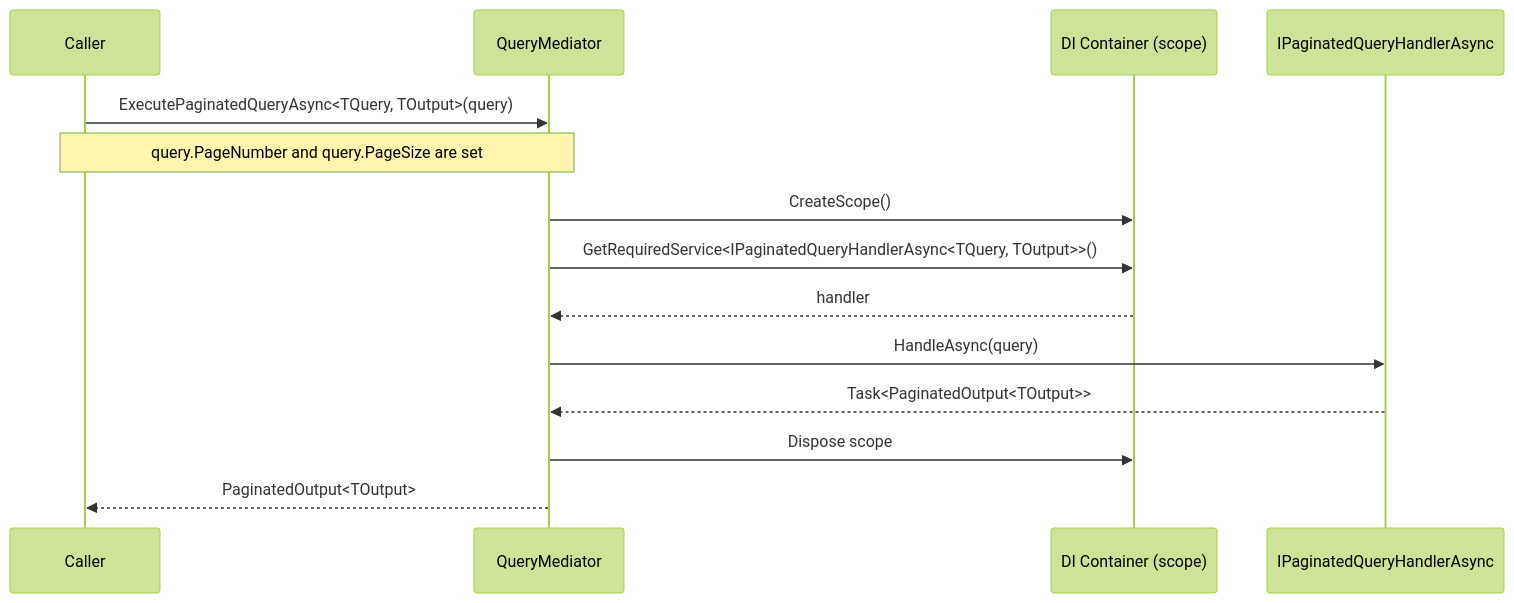
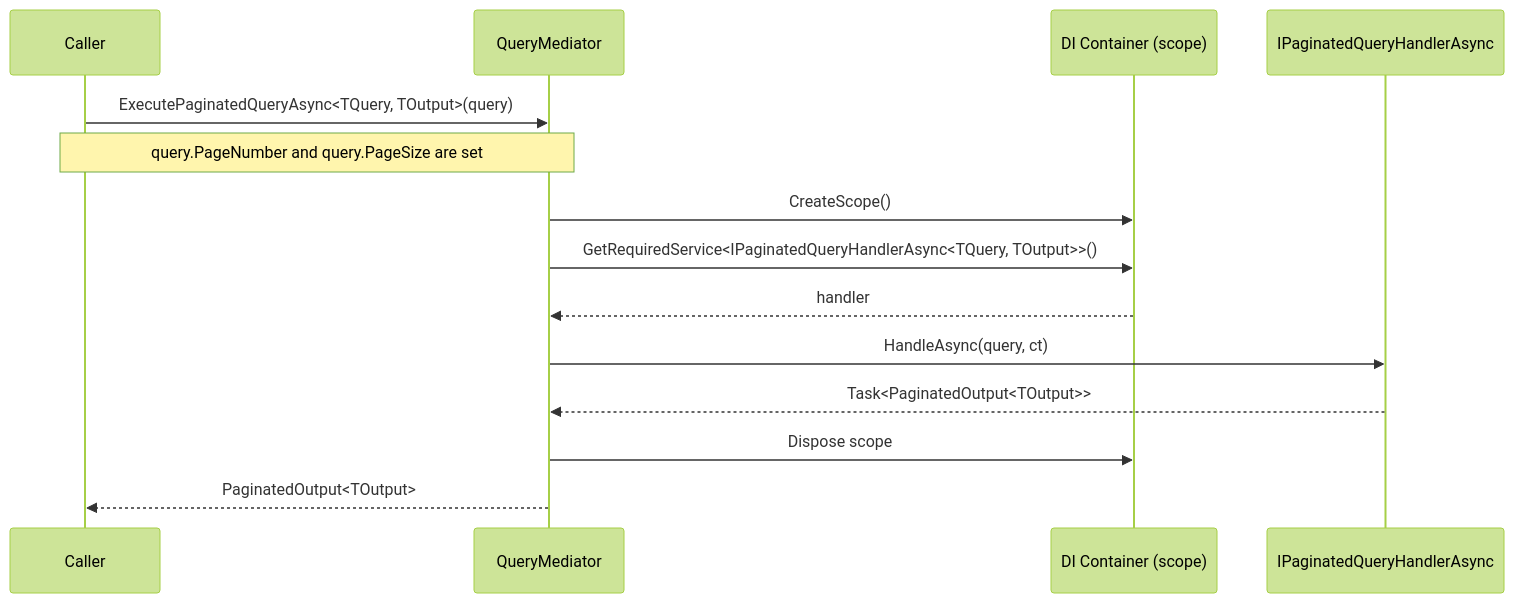
The third of 4 diagrams in docs/content/en/docs/query-architecture.md (artur-rios/dotnet-mediator), drawn with Mermaid (forest theme) before and after one commit. The commit also changed other lines of this file and 14 other files, not shown here.

````diff
--- a/docs/content/en/docs/query-architecture.md
+++ b/docs/content/en/docs/query-architecture.md
@@ -191,17 +191,17 @@
 ```mermaid
 sequenceDiagram
     participant Caller
     participant QueryMediator
     participant DI as DI Container (scope)
     participant Handler as IPaginatedQueryHandlerAsync
 
     Caller->>QueryMediator: ExecutePaginatedQueryAsync<TQuery, TOutput>(query)
     note over Caller,QueryMediator: query.PageNumber and query.PageSize are set
     QueryMediator->>DI: CreateScope()
     QueryMediator->>DI: GetRequiredService<IPaginatedQueryHandlerAsync<TQuery, TOutput>>()
     DI-->>QueryMediator: handler
-    QueryMediator->>Handler: HandleAsync(query)
+    QueryMediator->>Handler: HandleAsync(query, ct)
     Handler-->>QueryMediator: Task<PaginatedOutput<TOutput>>
     QueryMediator->>DI: Dispose scope
     QueryMediator-->>Caller: PaginatedOutput<TOutput>
 ```
````
